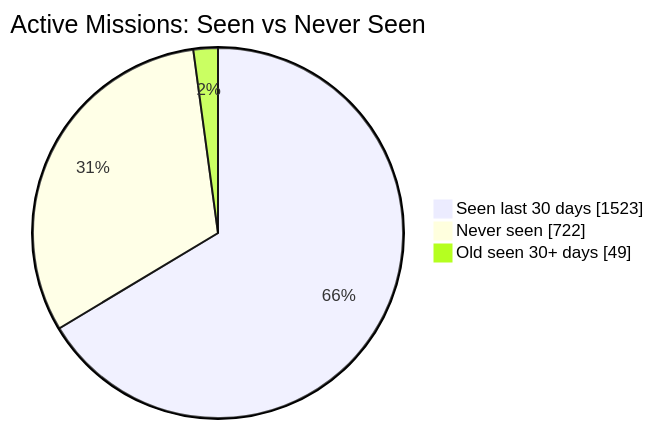
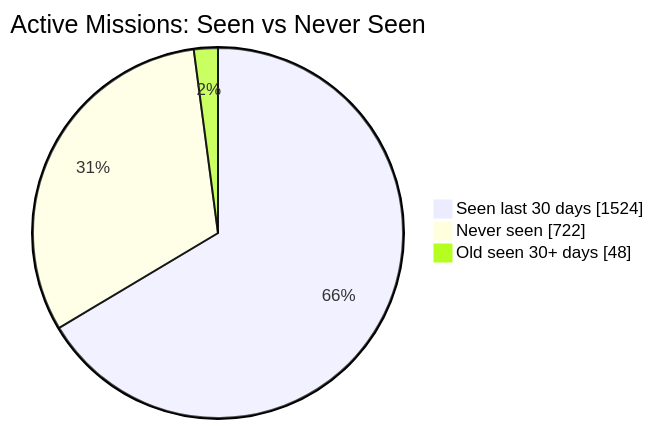
The first of 2 diagrams in README.md (MeldkamerspelGameTeam/active-missions), drawn with Mermaid before and after one commit. The commit also changed other lines of this file and 2 other files, not shown here.

````diff
--- a/README.md
+++ b/README.md
@@ -34,7 +34,7 @@
 ```mermaid
 pie showData
     title Active Missions: Seen vs Never Seen
-    "Seen last 30 days" : 1523
+    "Seen last 30 days" : 1524
     "Never seen" : 722
-    "Old seen 30+ days" : 49
+    "Old seen 30+ days" : 48
 ```
````
